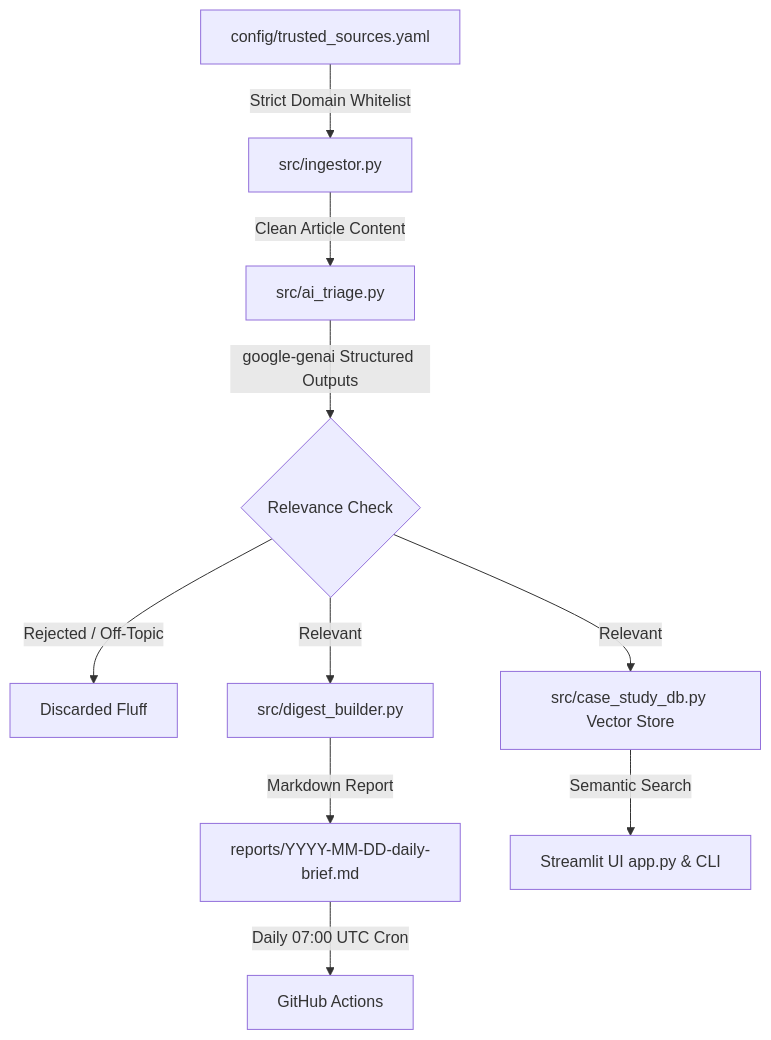
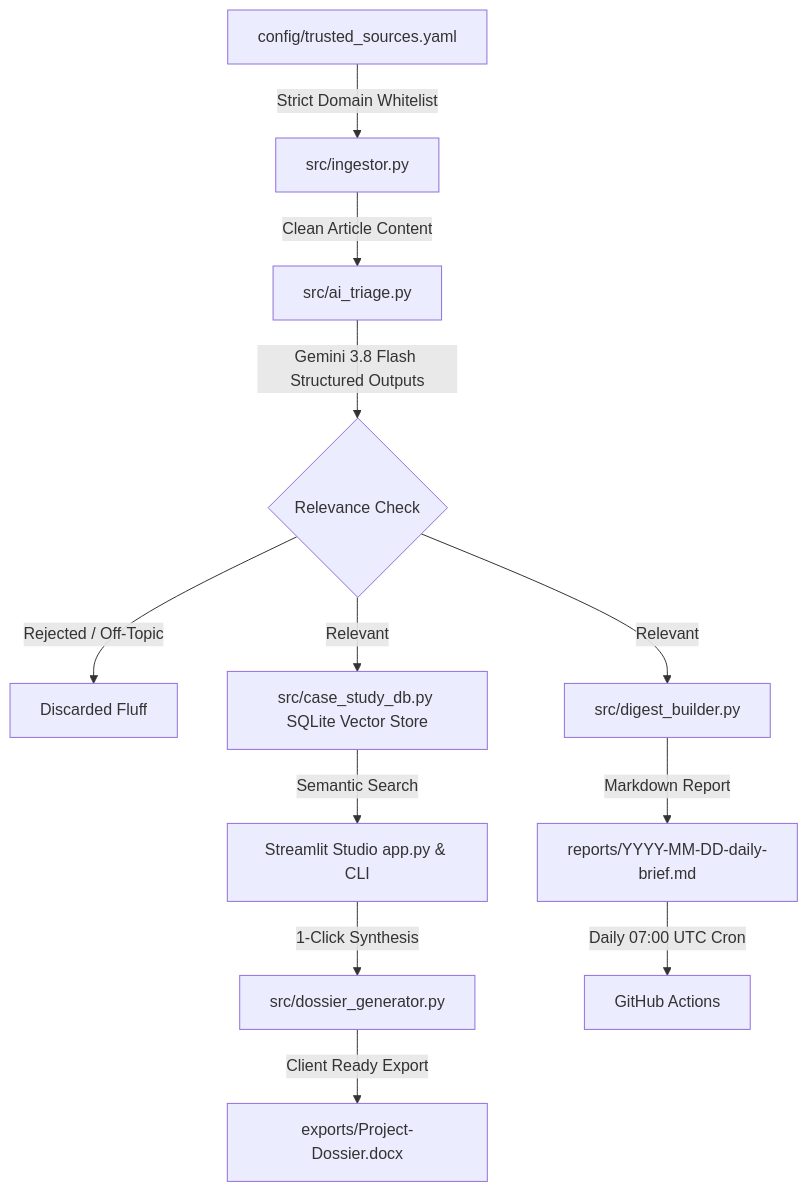
The diagram in README.md (ScorVoid/arch-intel-agent), drawn with Mermaid before and after one commit. The commit also changed other lines of this file and 2 other files, not shown here.

Commit message:
feat(studio): add bookmarking, UI filters, dossier download, and updated docs

````diff
--- a/README.md
+++ b/README.md
@@ -31,12 +34,14 @@
 ```mermaid
 graph TD
     A[config/trusted_sources.yaml] -->|Strict Domain Whitelist| B[src/ingestor.py]
     B -->|Clean Article Content| C[src/ai_triage.py]
-    C -->|google-genai Structured Outputs| D{Relevance Check}
+    C -->|Gemini 3.8 Flash Structured Outputs| D{Relevance Check}
     D -->|Rejected / Off-Topic| X[Discarded Fluff]
-    D -->|Relevant| E[src/case_study_db.py Vector Store]
+    D -->|Relevant| E[src/case_study_db.py SQLite Vector Store]
     D -->|Relevant| F[src/digest_builder.py]
     F -->|Markdown Report| G[reports/YYYY-MM-DD-daily-brief.md]
-    E -->|Semantic Search| H[Streamlit UI app.py & CLI]
+    E -->|Semantic Search| H[Streamlit Studio app.py & CLI]
+    H -->|1-Click Synthesis| J[src/dossier_generator.py]
+    J -->|Client Ready Export| K[exports/Project-Dossier.docx]
     G -->|Daily 07:00 UTC Cron| I[GitHub Actions]
 ```
````
